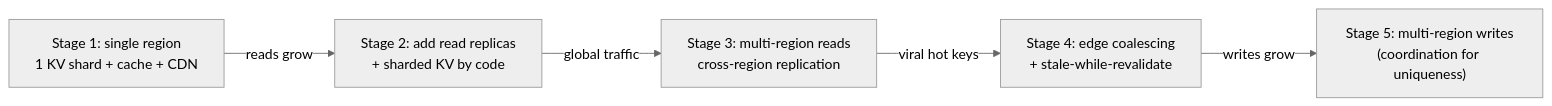
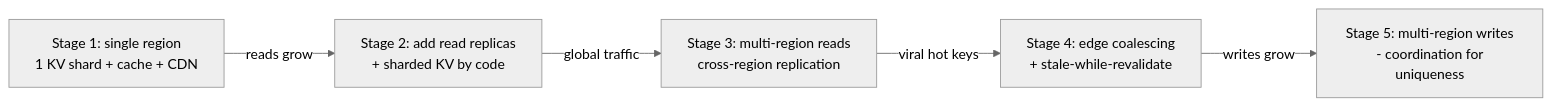
One commit to RIT-MESH/system-design-mastery changed the diagram in diagrams/case-studies/url-shortener/scaling-evolution.mmd. Above: the diagram before and after it, drawn with Mermaid (neutral theme). The commit also changed 139 other files, not shown here.

First line of the commit message:
Fix Mermaid parse errors: replace parentheses in node labels across 140 files

```diff
--- a/diagrams/case-studies/url-shortener/scaling-evolution.mmd
+++ b/diagrams/case-studies/url-shortener/scaling-evolution.mmd
@@ -1,8 +1,8 @@
 %% created-for: system-design-mastery
 %% url-shortener scaling evolution
 flowchart LR
   S1["Stage 1: single region<br/>1 KV shard + cache + CDN"]
   S1 -->|"reads grow"| S2["Stage 2: add read replicas<br/>+ sharded KV by code"]
   S2 -->|"global traffic"| S3["Stage 3: multi-region reads<br/>cross-region replication"]
   S3 -->|"viral hot keys"| S4["Stage 4: edge coalescing<br/>+ stale-while-revalidate"]
-  S4 -->|"writes grow"| S5["Stage 5: multi-region writes<br/>(coordination for uniqueness)"]
+  S4 -->|"writes grow"| S5["Stage 5: multi-region writes<br/> - coordination for uniqueness"]
```
